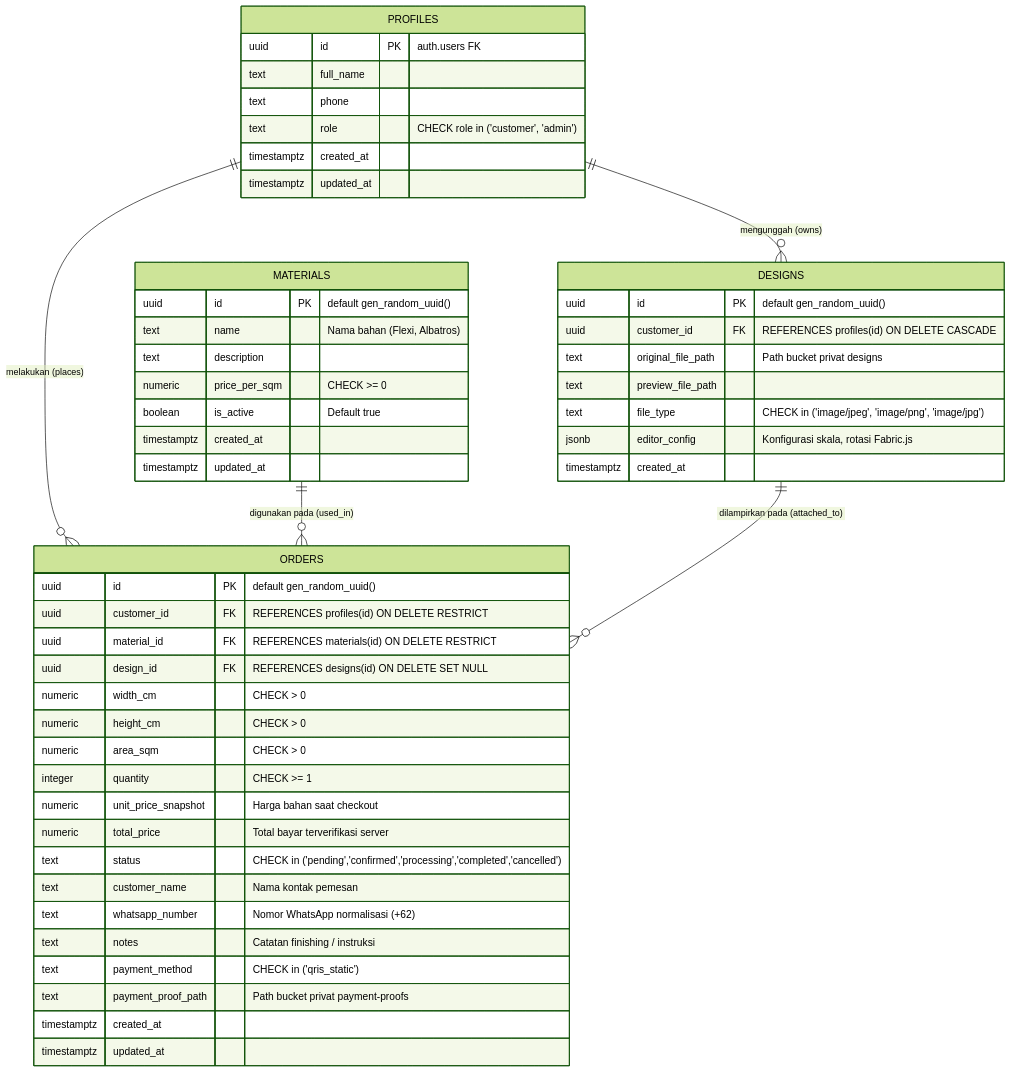
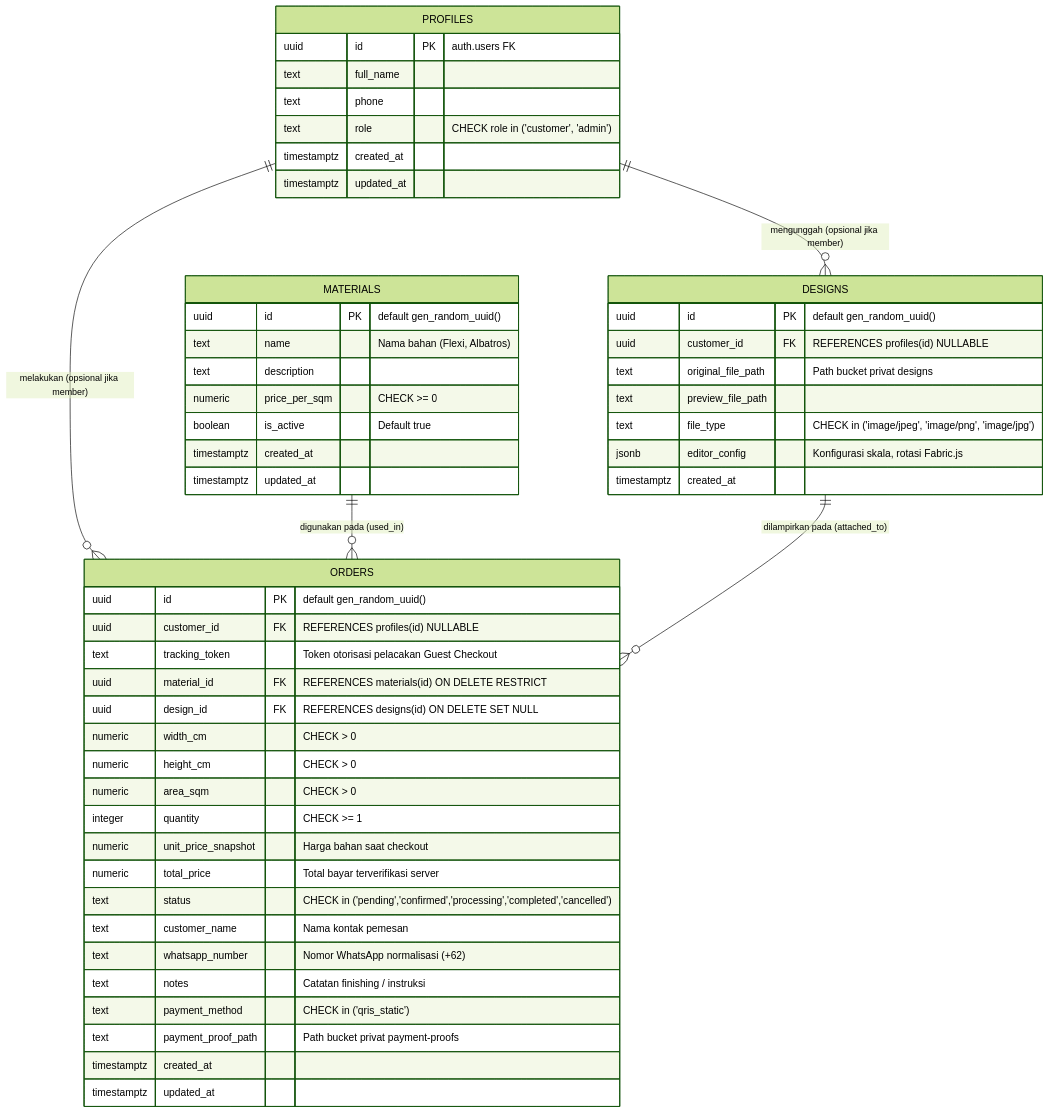
One commit to aryarakapermana/BannerIN changed the diagram in docs/DOKUMENTASI_BASIS_DATA.md. Above: the diagram before and after it, drawn with Mermaid (forest theme). The commit also changed other lines of this file and 21 other files, not shown here.

Commit message:
feat(fase-15): terapkan hybrid guest checkout dan perbarui seluruh dokumentasi akademik & presentasi

````diff
--- a/docs/DOKUMENTASI_BASIS_DATA.md
+++ b/docs/DOKUMENTASI_BASIS_DATA.md
@@ -11,57 +12,58 @@
 ```mermaid
 erDiagram
-    PROFILES ||--o{ ORDERS : "melakukan (places)"
-    PROFILES ||--o{ DESIGNS : "mengunggah (owns)"
+    PROFILES ||--o{ ORDERS : "melakukan (opsional jika member)"
+    PROFILES ||--o{ DESIGNS : "mengunggah (opsional jika member)"
     MATERIALS ||--o{ ORDERS : "digunakan pada (used_in)"
     DESIGNS ||--o{ ORDERS : "dilampirkan pada (attached_to)"
 
     PROFILES {
         uuid id PK "auth.users FK"
         text full_name
         text phone
         text role "CHECK role in ('customer', 'admin')"
         timestamptz created_at
         timestamptz updated_at
     }
 
     MATERIALS {
         uuid id PK "default gen_random_uuid()"
         text name "Nama bahan (Flexi, Albatros)"
         text description
         numeric price_per_sqm "CHECK >= 0"
         boolean is_active "Default true"
         timestamptz created_at
         timestamptz updated_at
     }
 
     DESIGNS {
         uuid id PK "default gen_random_uuid()"
-        uuid customer_id FK "REFERENCES profiles(id) ON DELETE CASCADE"
+        uuid customer_id FK "REFERENCES profiles(id) NULLABLE"
         text original_file_path "Path bucket privat designs"
         text preview_file_path
         text file_type "CHECK in ('image/jpeg', 'image/png', 'image/jpg')"
         jsonb editor_config "Konfigurasi skala, rotasi Fabric.js"
         timestamptz created_at
     }
 
     ORDERS {
         uuid id PK "default gen_random_uuid()"
-        uuid customer_id FK "REFERENCES profiles(id) ON DELETE RESTRICT"
+        uuid customer_id FK "REFERENCES profiles(id) NULLABLE"
+        text tracking_token "Token otorisasi pelacakan Guest Checkout"
         uuid material_id FK "REFERENCES materials(id) ON DELETE RESTRICT"
         uuid design_id FK "REFERENCES designs(id) ON DELETE SET NULL"
         numeric width_cm "CHECK > 0"
         numeric height_cm "CHECK > 0"
         numeric area_sqm "CHECK > 0"
         integer quantity "CHECK >= 1"
         numeric unit_price_snapshot "Harga bahan saat checkout"
         numeric total_price "Total bayar terverifikasi server"
         text status "CHECK in ('pending','confirmed','processing','completed','cancelled')"
         text customer_name "Nama kontak pemesan"
         text whatsapp_number "Nomor WhatsApp normalisasi (+62)"
         text notes "Catatan finishing / instruksi"
         text payment_method "CHECK in ('qris_static')"
         text payment_proof_path "Path bucket privat payment-proofs"
         timestamptz created_at
         timestamptz updated_at
     }
 ```
````
